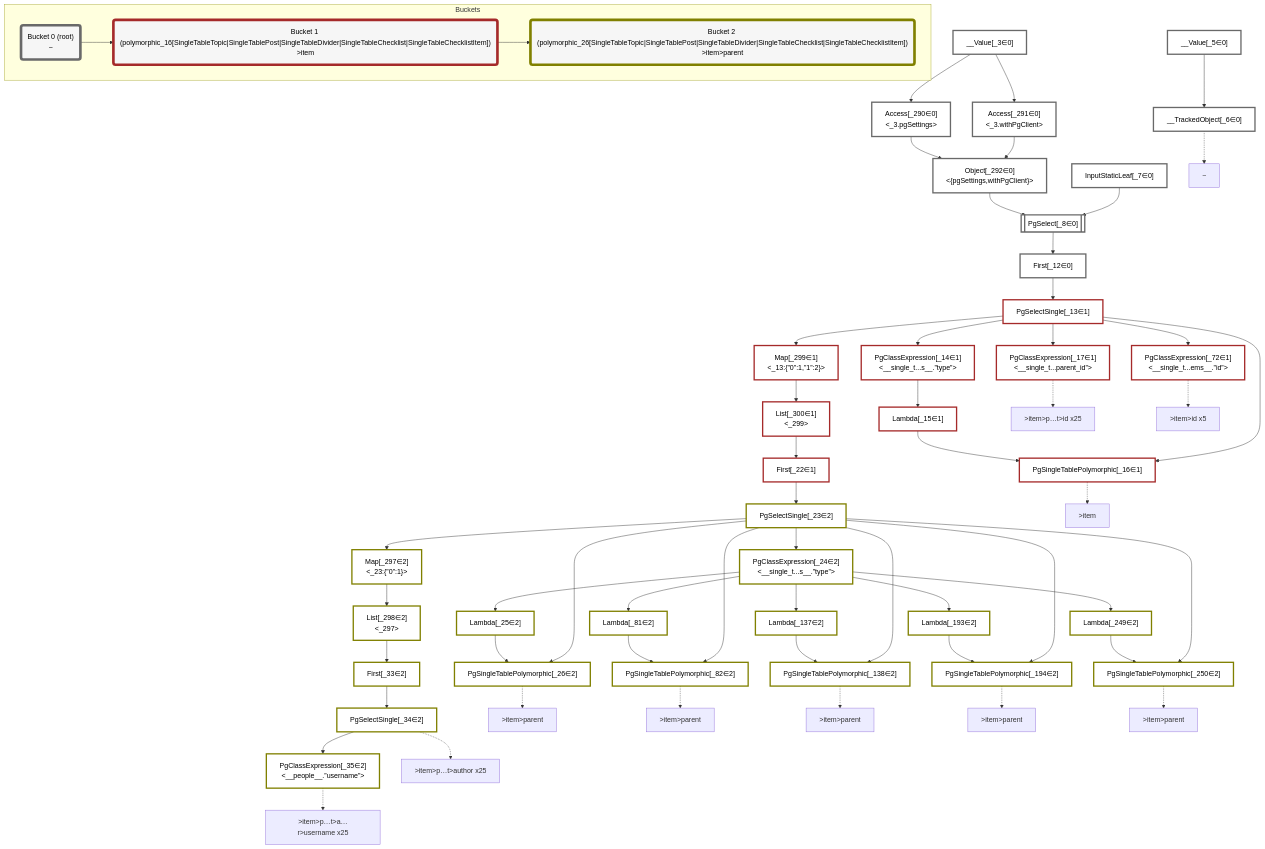
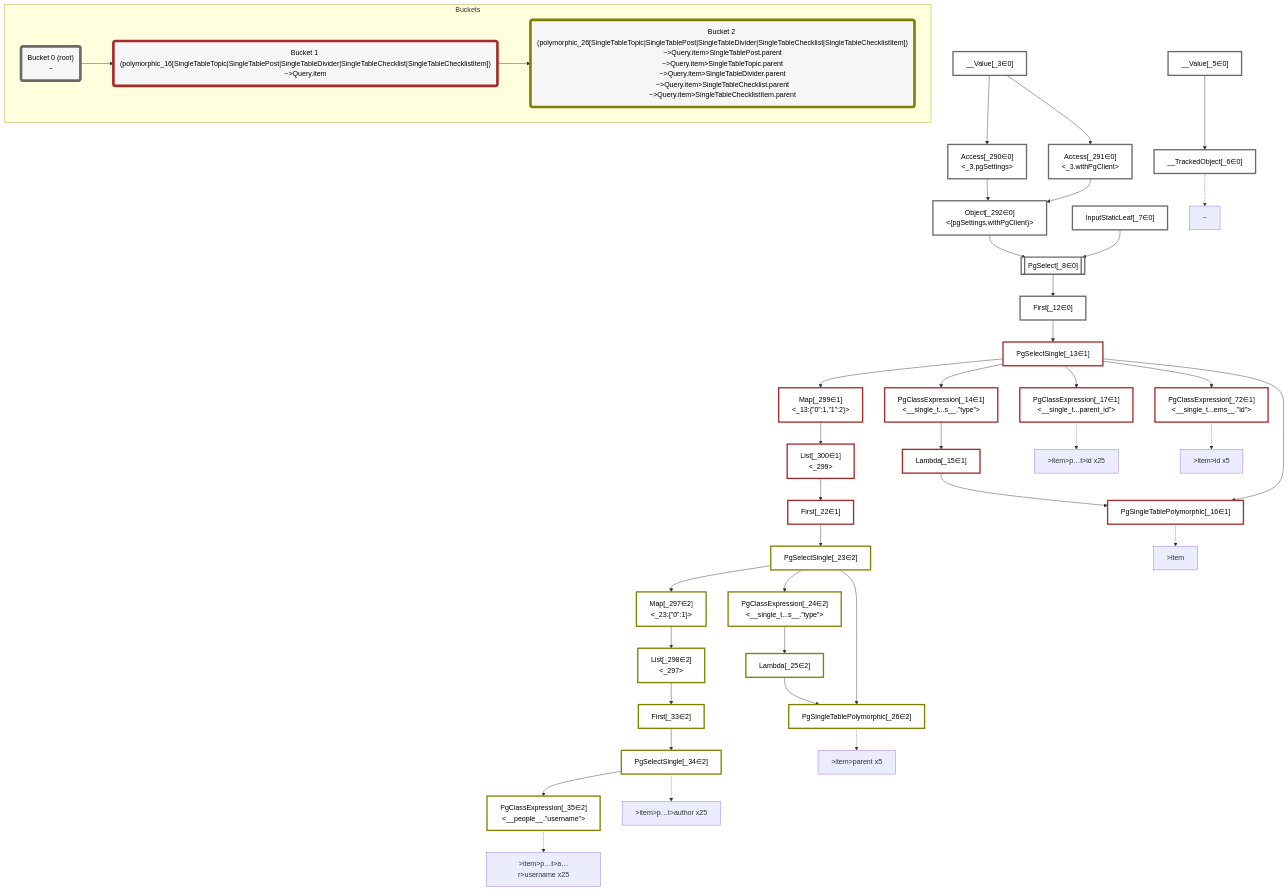
Before and after one commit to graphile/crystal: the diagram in packages/dataplan-pg/__tests__/queries/interfaces-single-table/relation.mermaid.md, drawn with Mermaid. The commit also changed 141 other files, not shown here.

```diff
--- a/packages/dataplan-pg/__tests__/queries/interfaces-single-table/relation.mermaid.md
+++ b/packages/dataplan-pg/__tests__/queries/interfaces-single-table/relation.mermaid.md
@@ -28,14 +28,6 @@
     PgSelectSingle_34["PgSelectSingle[_34∈2]<br /><people>"]:::plan
     PgClassExpression_35["PgClassExpression[_35∈2]<br /><__people__.”username”>"]:::plan
     PgClassExpression_72["PgClassExpression[_72∈1]<br /><__single_t...ems__.”id”>"]:::plan
-    Lambda_81["Lambda[_81∈2]"]:::plan
-    PgSingleTablePolymorphic_82["PgSingleTablePolymorphic[_82∈2]"]:::plan
-    Lambda_137["Lambda[_137∈2]"]:::plan
-    PgSingleTablePolymorphic_138["PgSingleTablePolymorphic[_138∈2]"]:::plan
-    Lambda_193["Lambda[_193∈2]"]:::plan
-    PgSingleTablePolymorphic_194["PgSingleTablePolymorphic[_194∈2]"]:::plan
-    Lambda_249["Lambda[_249∈2]"]:::plan
-    PgSingleTablePolymorphic_250["PgSingleTablePolymorphic[_250∈2]"]:::plan
     Access_290["Access[_290∈0]<br /><_3.pgSettings>"]:::plan
     Access_291["Access[_291∈0]<br /><_3.withPgClient>"]:::plan
     Object_292["Object[_292∈0]<br /><{pgSettings,withPgClient}>"]:::plan
@@ -65,18 +57,6 @@
     First_33 --> PgSelectSingle_34
     PgSelectSingle_34 --> PgClassExpression_35
     PgSelectSingle_13 --> PgClassExpression_72
-    PgClassExpression_24 --> Lambda_81
-    Lambda_81 --> PgSingleTablePolymorphic_82
-    PgSelectSingle_23 --> PgSingleTablePolymorphic_82
-    PgClassExpression_24 --> Lambda_137
-    Lambda_137 --> PgSingleTablePolymorphic_138
-    PgSelectSingle_23 --> PgSingleTablePolymorphic_138
-    PgClassExpression_24 --> Lambda_193
-    Lambda_193 --> PgSingleTablePolymorphic_194
-    PgSelectSingle_23 --> PgSingleTablePolymorphic_194
-    PgClassExpression_24 --> Lambda_249
-    Lambda_249 --> PgSingleTablePolymorphic_250
-    PgSelectSingle_23 --> PgSingleTablePolymorphic_250
     __Value_3 --> Access_290
     __Value_3 --> Access_291
     Access_290 --> Object_292
@@ -91,7 +71,7 @@
     __TrackedObject_6 -.-> P1
     P2[">item"]
     PgSingleTablePolymorphic_16 -.-> P2
-    P3[">item>parent"]
+    P3[">item>parent x5"]
     PgSingleTablePolymorphic_26 -.-> P3
     P4[">item>p…t>id x25"]
     PgClassExpression_17 -.-> P4
@@ -101,14 +81,6 @@
     PgClassExpression_35 -.-> P6
     P7[">item>id x5"]
     PgClassExpression_72 -.-> P7
-    P8[">item>parent"]
-    PgSingleTablePolymorphic_82 -.-> P8
-    P9[">item>parent"]
-    PgSingleTablePolymorphic_138 -.-> P9
-    P10[">item>parent"]
-    PgSingleTablePolymorphic_194 -.-> P10
-    P11[">item>parent"]
-    PgSingleTablePolymorphic_250 -.-> P11
 
     %% allocate buckets
     classDef bucket0 stroke:#696969
@@ -116,15 +88,15 @@
     classDef bucket1 stroke:#a52a2a
     class PgSelectSingle_13,PgClassExpression_14,Lambda_15,PgSingleTablePolymorphic_16,PgClassExpression_17,First_22,PgClassExpression_72,Map_299,List_300 bucket1
     classDef bucket2 stroke:#808000
-    class PgSelectSingle_23,PgClassExpression_24,Lambda_25,PgSingleTablePolymorphic_26,First_33,PgSelectSingle_34,PgClassExpression_35,Lambda_81,PgSingleTablePolymorphic_82,Lambda_137,PgSingleTablePolymorphic_138,Lambda_193,PgSingleTablePolymorphic_194,Lambda_249,PgSingleTablePolymorphic_250,Map_297,List_298 bucket2
+    class PgSelectSingle_23,PgClassExpression_24,Lambda_25,PgSingleTablePolymorphic_26,First_33,PgSelectSingle_34,PgClassExpression_35,Map_297,List_298 bucket2
 
     subgraph Buckets
     Bucket0("Bucket 0 (root)<br />~"):::bucket
     style Bucket0 stroke:#696969
-    Bucket1("Bucket 1 (polymorphic_16[SingleTableTopic|SingleTablePost|SingleTableDivider|SingleTableChecklist|SingleTableChecklistItem])<br />>item"):::bucket
+    Bucket1("Bucket 1 (polymorphic_16[SingleTableTopic|SingleTablePost|SingleTableDivider|SingleTableChecklist|SingleTableChecklistItem])<br />~>Query.item"):::bucket
     style Bucket1 stroke:#a52a2a
     Bucket0 --> Bucket1
-    Bucket2("Bucket 2 (polymorphic_26[SingleTableTopic|SingleTablePost|SingleTableDivider|SingleTableChecklist|SingleTableChecklistItem])<br />>item>parent"):::bucket
+    Bucket2("Bucket 2 (polymorphic_26[SingleTableTopic|SingleTablePost|SingleTableDivider|SingleTableChecklist|SingleTableChecklistItem])<br />~>Query.item>SingleTablePost.parent<br />~>Query.item>SingleTableTopic.parent<br />~>Query.item>SingleTableDivider.parent<br />~>Query.item>SingleTableChecklist.parent<br />~>Query.item>SingleTableChecklistItem.parent"):::bucket
     style Bucket2 stroke:#808000
     Bucket1 --> Bucket2
     end
```
